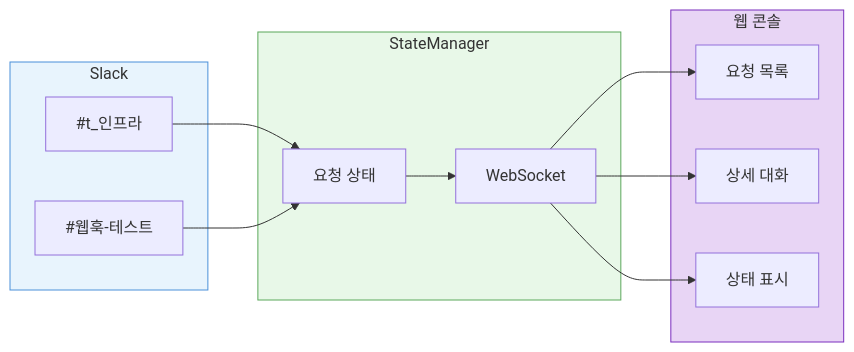
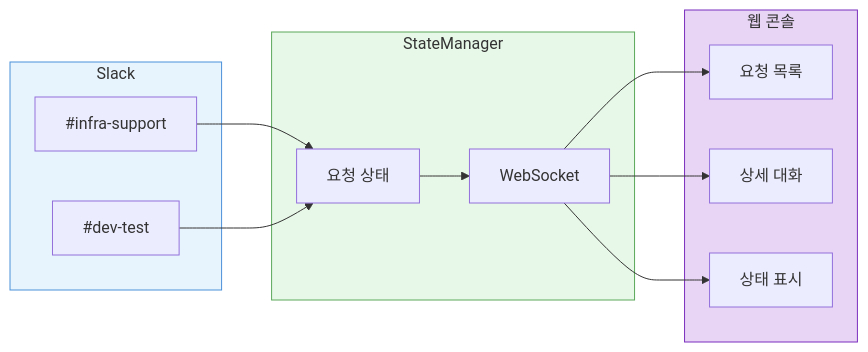
One commit to kimduksoo/duksoo-tech-blog changed the first of 3 diagrams in content/ai/ai-infra-automation-v3.md. Above: the diagram before and after it, drawn with Mermaid. The commit also changed 1 other file, not shown here.

Commit message:
블로그 2편 인트로 확장, 채널명/ID 가상화 (v2, v3, html)

````diff
--- a/content/ai/ai-infra-automation-v3.md
+++ b/content/ai/ai-infra-automation-v3.md
@@ -49,29 +49,29 @@
 ```mermaid
 flowchart LR
     subgraph Slack
-        S1[#t_인프라]
-        S2[#웹훅-테스트]
+        S1[#infra-support]
+        S2[#dev-test]
     end
 
     subgraph 상태관리[StateManager]
         SM[요청 상태]
         WS[WebSocket]
     end
 
     subgraph 웹콘솔[웹 콘솔]
         List[요청 목록]
         Detail[상세 대화]
         Status[상태 표시]
     end
 
     S1 --> SM
     S2 --> SM
     SM --> WS
     WS --> List
     WS --> Detail
     WS --> Status
 
     style Slack fill:#e8f4fd,stroke:#4a90d9
     style 상태관리 fill:#e8f8e8,stroke:#5ba85b
     style 웹콘솔 fill:#e8d5f5,stroke:#7b2fbe
 ```
````
